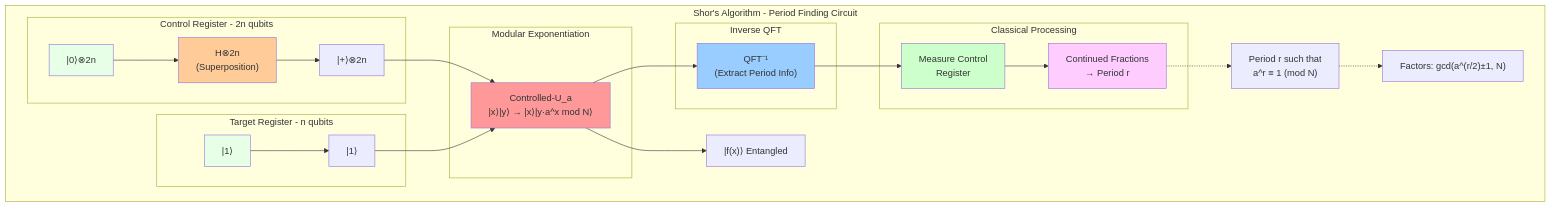
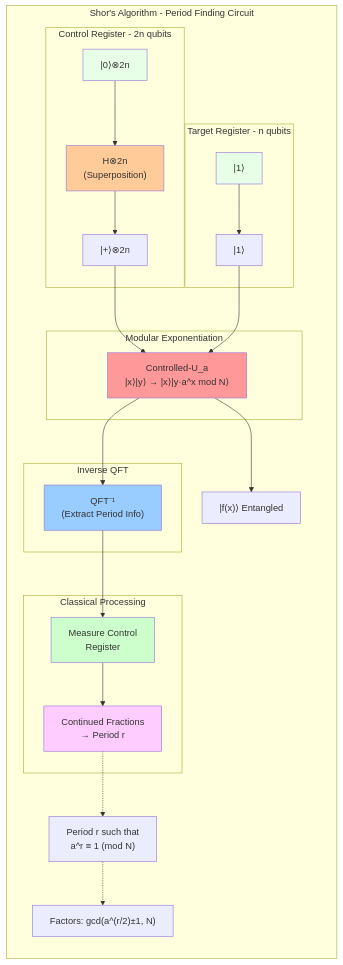
The fourth of 4 diagrams in README.md (0xReLogic/Chaos), drawn with Mermaid before and after one commit. The commit also changed other lines of this file, not shown here.

Commit message:
Position subgraphs to the right to prevent title cutoff in mermaid diagrams

````diff
--- a/README.md
+++ b/README.md
@@ -310,52 +312,54 @@
 ```mermaid
-graph TD
+graph LR
+    direction LR
     subgraph Shor_Circuit ["Shor's Algorithm - Period Finding Circuit"]
+        direction TD
         %% Control register initialization
         subgraph Control_Reg ["Control Register - 2n qubits"]
             c_init["|0⟩⊗2n"] --> H_all["H⊗2n<br/>(Superposition)"] --> c_super["|+⟩⊗2n"]
         end
         
         %% Target register initialization  
         subgraph Target_Reg ["Target Register - n qubits"]
             t_init["|1⟩"] --> t_ready["|1⟩"]
         end
         
         %% Modular exponentiation
         subgraph ModExp ["Modular Exponentiation"]
             mod_exp["Controlled-U_a<br/>|x⟩|y⟩ → |x⟩|y·a^x mod N⟩"]
         end
         
         %% Quantum Fourier Transform
         subgraph IQFT_Block ["Inverse QFT"]
             iqft["QFT⁻¹<br/>(Extract Period Info)"]
         end
         
         %% Measurement
         subgraph Classical ["Classical Processing"]
             measure["Measure Control<br/>Register"] --> classical["Continued Fractions<br/>→ Period r"]
         end
         
         %% Flow connections
         c_super --> mod_exp
         t_ready --> mod_exp
         mod_exp --> iqft
         mod_exp --> t_entangled["|f(x)⟩ Entangled"]
         iqft --> measure
         
         %% Annotations
         period_note["Period r such that<br/>a^r ≡ 1 (mod N)"]
         factor_note["Factors: gcd(a^(r/2)±1, N)"]
         
         classical -.-> period_note
         period_note -.-> factor_note
         
         %% Styling
         style H_all fill:#ffcc99
         style mod_exp fill:#ff9999
         style iqft fill:#99ccff
         style measure fill:#ccffcc
         style classical fill:#ffccff
         style c_init fill:#e6ffe6
         style t_init fill:#e6ffe6
     end
 ```
````
